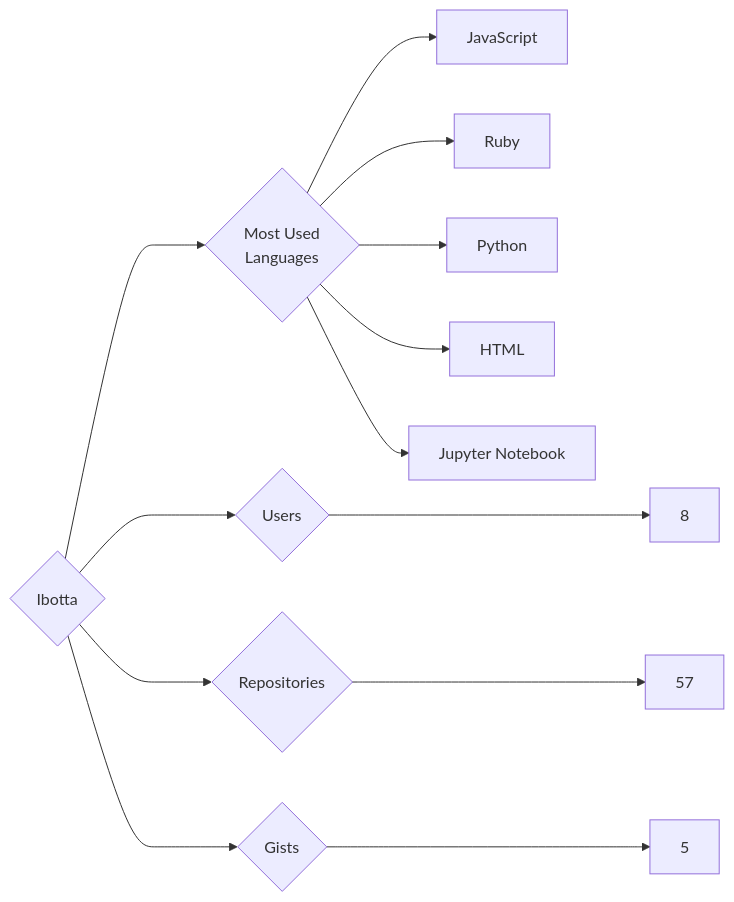
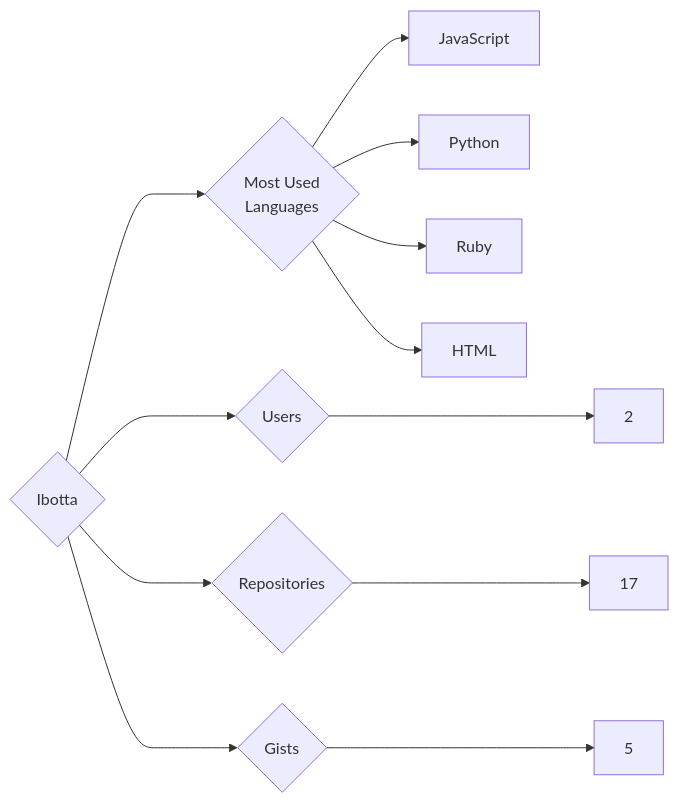
The diagram in targets/Ibotta/README.md (trickest/insiders), drawn with Mermaid before and after one commit. The commit also changed 1170 other files, not shown here.

````diff
--- a/targets/Ibotta/README.md
+++ b/targets/Ibotta/README.md
@@ -3,13 +3,12 @@
 ```mermaid
 graph LR
 COMPANY_NAME{Ibotta}
-COMPANY_NAME ---> U{Users} ---> UN[8]
-COMPANY_NAME ---> R{Repositories} ---> RN[57]
+COMPANY_NAME ---> U{Users} ---> UN[2]
+COMPANY_NAME ---> R{Repositories} ---> RN[17]
 COMPANY_NAME ---> G{Gists} ---> GN[5]
 COMPANY_NAME ---> ML{Most Used<br>Languages}
 ML --> JavaScript[JavaScript]
+ML --> Python[Python]
 ML --> Ruby[Ruby]
-ML --> Python[Python]
 ML --> HTML[HTML]
-ML --> Jupyter_Notebook[Jupyter Notebook]
 ```
````
